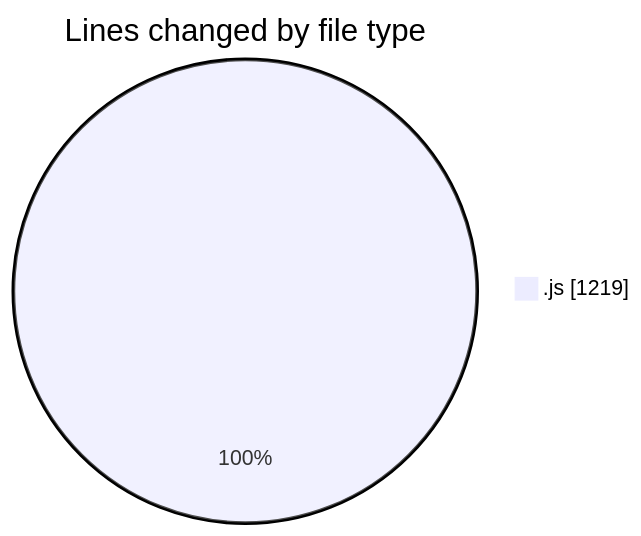
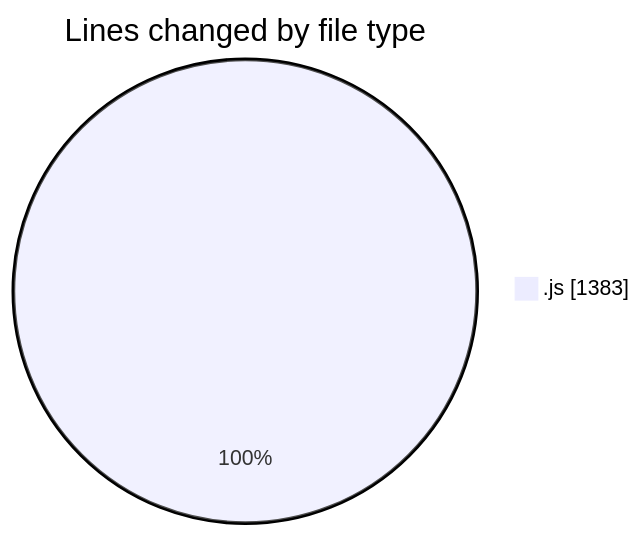
One commit to nxtqubesakshisongat/code-tracking changed the first of 2 diagrams in 2025-10-16/nxtqube_webapp/README.md. Above: the diagram before and after it, drawn with Mermaid. The commit also changed other lines of this file and 1 other file, not shown here.

````diff
--- a/2025-10-16/nxtqube_webapp/README.md
+++ b/2025-10-16/nxtqube_webapp/README.md
@@ -20,5 +20,5 @@
 ```mermaid
 pie showData
 title Lines changed by file type
-".js" : 1219
+".js" : 1383
 ```
````
